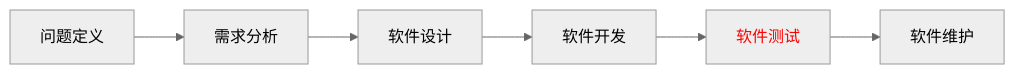
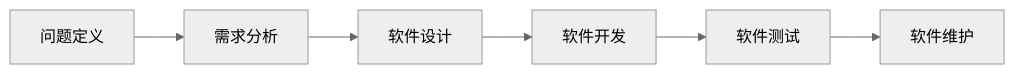
Before and after one commit to qz7737/-: the first of 3 diagrams in 软测.md, drawn with Mermaid (neutral theme).

````diff
--- a/软测.md
+++ b/软测.md
@@ -5,8 +5,8 @@
 ```mermaid
 graph LR 
   A[问题定义] --> B[需求分析]
   B --> C[软件设计]
   C --> D[软件开发]
-  D --> E[<span style="color: red;">软件测试</span>]
+  D --> E[软件测试]
   E --> F[软件维护]
 ```
````
